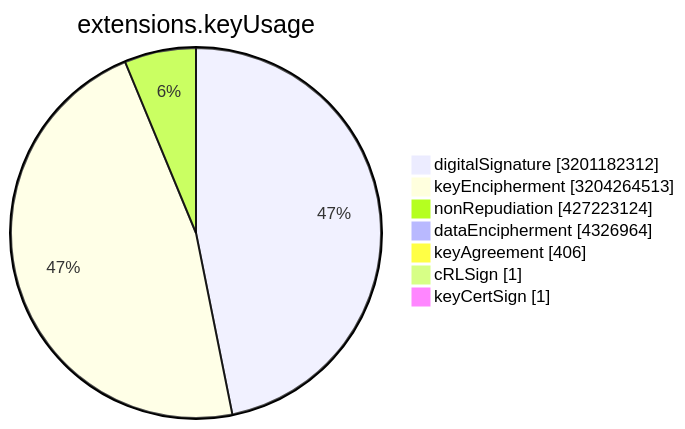
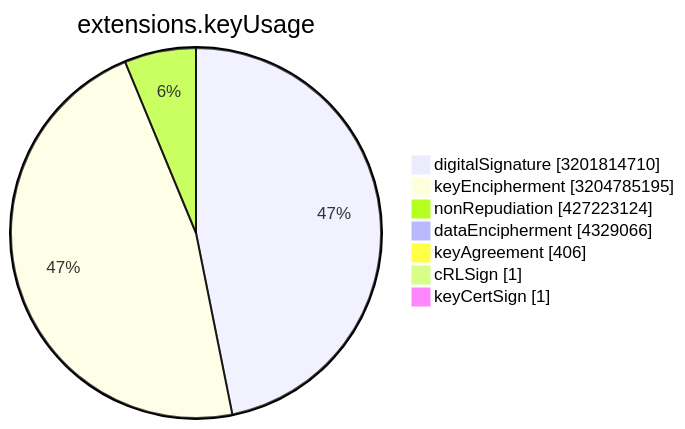
One commit to christiankrug/ctmonitor_visualization changed the sixth of 15 diagrams in TOTAL/README.md. Above: the diagram before and after it, drawn with Mermaid. The commit also changed other lines of this file, not shown here.

````diff
--- a/TOTAL/README.md
+++ b/TOTAL/README.md
@@ -3077,11 +3077,11 @@
 ```mermaid
 pie showData
 title extensions.keyUsage
-"digitalSignature" :3201182312
-"keyEncipherment" :3204264513
+"digitalSignature" :3201814710
+"keyEncipherment" :3204785195
 "nonRepudiation" :427223124
-"dataEncipherment" :4326964
+"dataEncipherment" :4329066
 "keyAgreement" :406
 "cRLSign" :1
 "keyCertSign" :1
 ```
````
